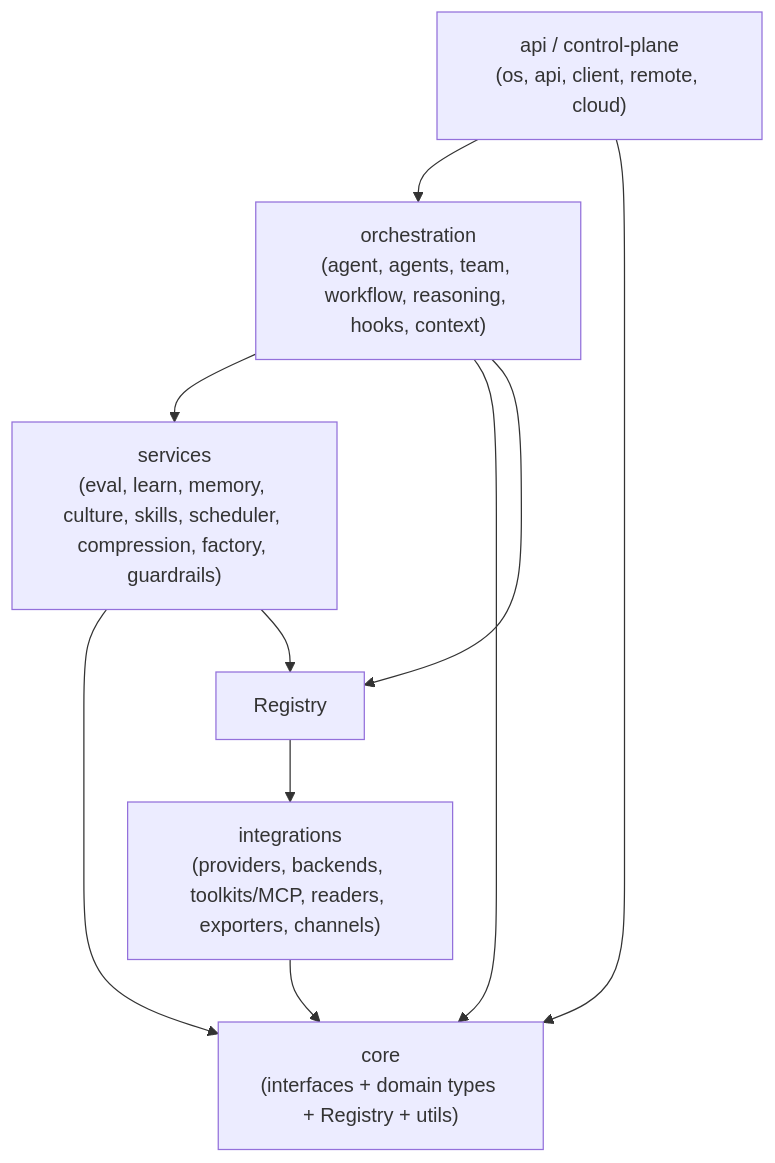
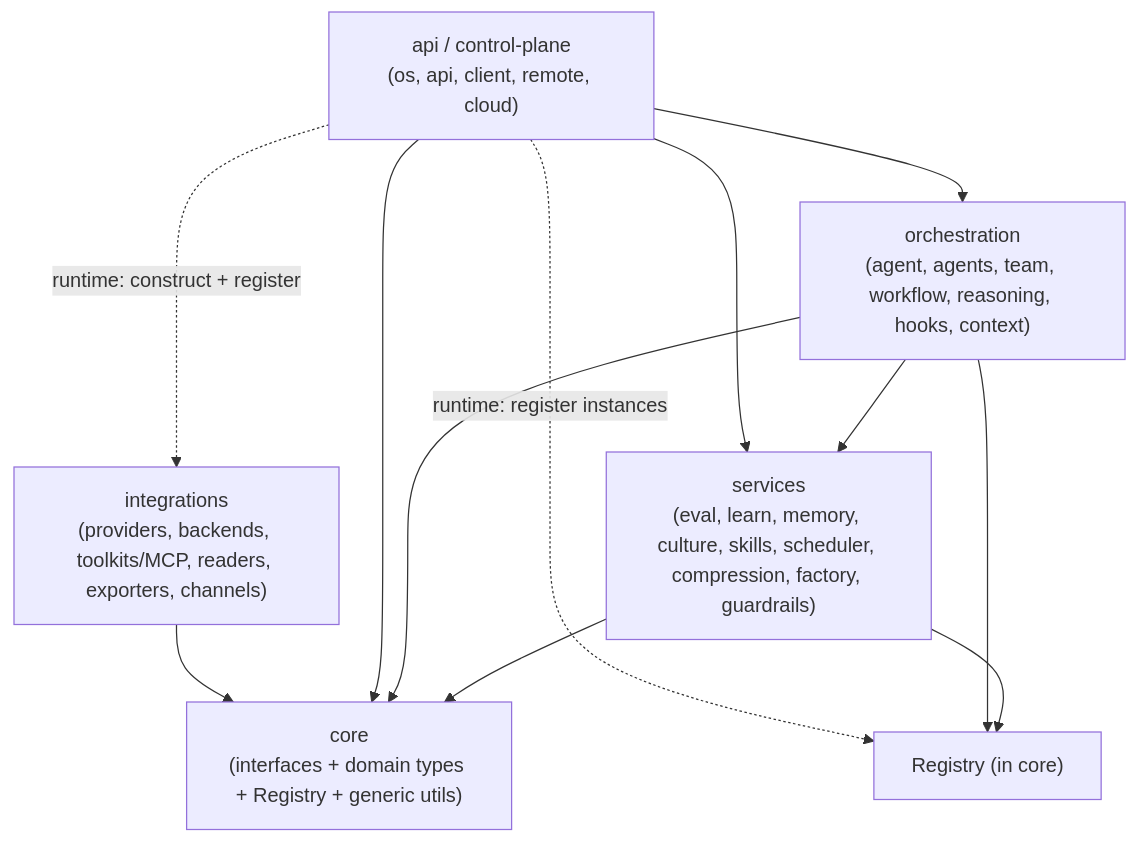
Before and after one commit to ThanyaGayathri/saturam_agent_framework: the diagram in docs/adr/0001-layered-architecture.md, drawn with Mermaid. The commit also changed other lines of this file, not shown here.

````diff
--- a/docs/adr/0001-layered-architecture.md
+++ b/docs/adr/0001-layered-architecture.md
@@ -42,12 +44,14 @@
 ```mermaid
 flowchart TD
     API["api / control-plane<br/>(os, api, client, remote, cloud)"] --> ORC["orchestration<br/>(agent, agents, team, workflow, reasoning, hooks, context)"]
     ORC --> SVC["services<br/>(eval, learn, memory, culture, skills, scheduler, compression, factory, guardrails)"]
-    SVC --> CORE["core<br/>(interfaces + domain types + Registry + utils)"]
+    SVC --> CORE["core<br/>(interfaces + domain types + Registry + generic utils)"]
     ORC --> CORE
     API --> CORE
+    API --> SVC
     INT["integrations<br/>(providers, backends, toolkits/MCP, readers, exporters, channels)"] --> CORE
-    SVC --> REG["Registry"]
+    SVC --> REG["Registry (in core)"]
     ORC --> REG
-    REG --> INT
+    API -.->|"runtime: construct + register"| INT
+    API -.->|"runtime: register instances"| REG
 ```
````
